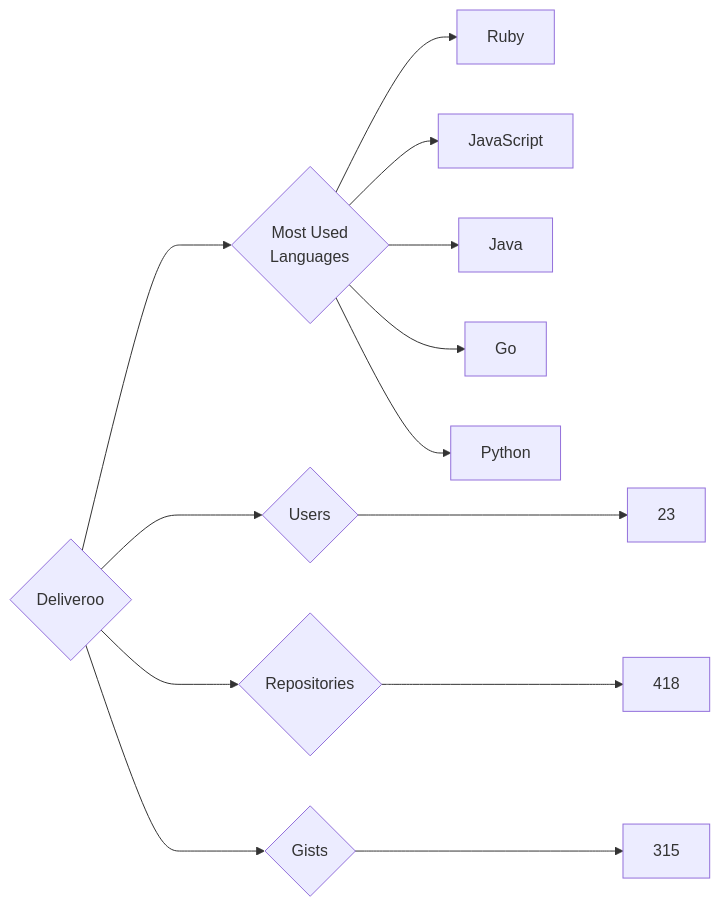
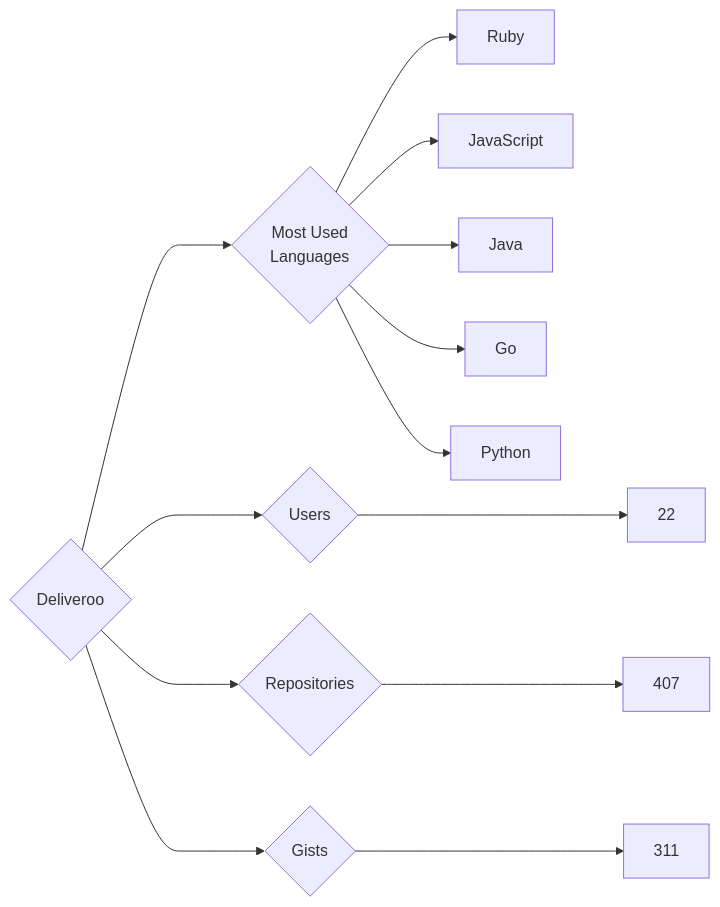
The diagram in targets/Deliveroo/README.md (trickest/insiders), drawn with Mermaid before and after one commit. The commit also changed 1238 other files, not shown here.

````diff
--- a/targets/Deliveroo/README.md
+++ b/targets/Deliveroo/README.md
@@ -3,13 +3,13 @@
 ```mermaid
 graph LR
 COMPANY_NAME{Deliveroo}
-COMPANY_NAME ---> U{Users} ---> UN[23]
-COMPANY_NAME ---> R{Repositories} ---> RN[418]
-COMPANY_NAME ---> G{Gists} ---> GN[315]
+COMPANY_NAME ---> U{Users} ---> UN[22]
+COMPANY_NAME ---> R{Repositories} ---> RN[407]
+COMPANY_NAME ---> G{Gists} ---> GN[311]
 COMPANY_NAME ---> ML{Most Used<br>Languages}
 ML --> Ruby[Ruby]
 ML --> JavaScript[JavaScript]
 ML --> Java[Java]
 ML --> Go[Go]
 ML --> Python[Python]
 ```
````
